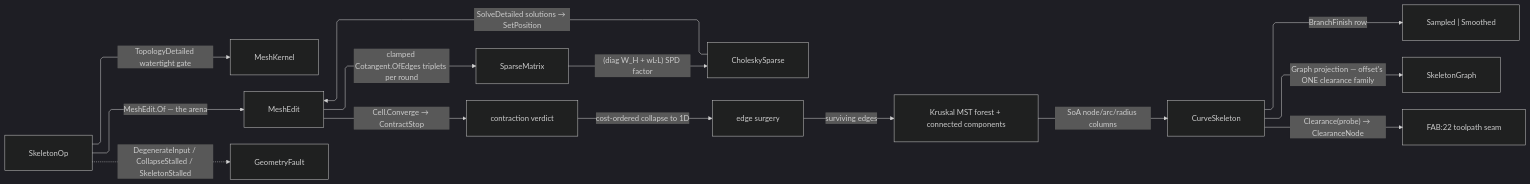
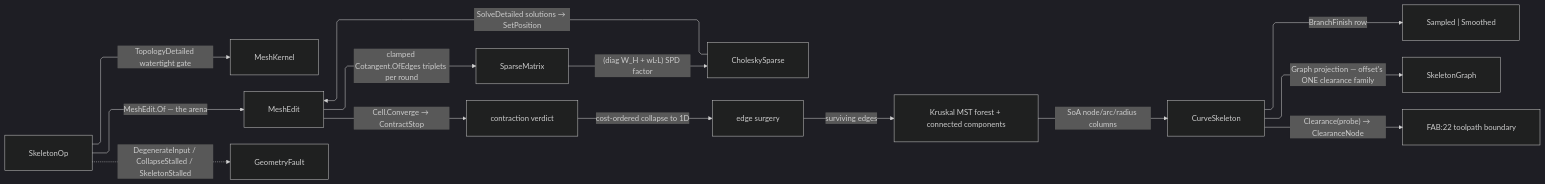
One commit to bsamiee/Rasm changed the diagram in libs/dotnet/Rasm/.planning/Meshing/skeleton.md. Above: the diagram before and after it, drawn with Mermaid (dark theme). The commit also changed other lines of this file and 1997 other files, not shown here.

First line of the commit message:
docs: rename rail to result and seam to boundary across the corpus

````diff
--- a/libs/dotnet/Rasm/.planning/Meshing/skeleton.md
+++ b/libs/dotnet/Rasm/.planning/Meshing/skeleton.md
@@ -503,25 +502,25 @@
 ```mermaid
 ---
 config:
   layout: elk
   flowchart:
     curve: linear
     padding: 25
 ---
 flowchart LR
     accTitle: Curve-skeleton flow
     accDescr: Meshes flow through contraction rounds, edge-collapse surgery, and tree extraction into the frozen skeleton columns.
     SkeletonOp -->|TopologyDetailed watertight gate| MeshKernel
     SkeletonOp -->|MeshEdit.Of — the arena| MeshEdit
     MeshEdit -->|clamped Cotangent.OfEdges triplets per round| SparseMatrix
     SparseMatrix -->|"(diag W_H + wL·L) SPD factor"| CholeskySparse
     CholeskySparse -->|"SolveDetailed solutions → SetPosition"| MeshEdit
     MeshEdit -->|"Cell.Converge → ContractStop"| Contract["contraction verdict"]
     Contract -->|cost-ordered collapse to 1D| Surgery["edge surgery"]
     Surgery -->|surviving edges| QuikGraph["Kruskal MST forest + connected components"]
     QuikGraph -->|SoA node/arc/radius columns| CurveSkeleton
     CurveSkeleton -->|BranchFinish row| Resample["Sampled | Smoothed"]
     CurveSkeleton -->|Graph projection — offset's ONE clearance family| SkeletonGraph
-    CurveSkeleton -->|"Clearance(probe) → ClearanceNode"| Fabrication["FAB:22 toolpath seam"]
+    CurveSkeleton -->|"Clearance(probe) → ClearanceNode"| Fabrication["FAB:22 toolpath boundary"]
     SkeletonOp -.->|DegenerateInput / CollapseStalled / SkeletonStalled| GeometryFault
 ```
````
